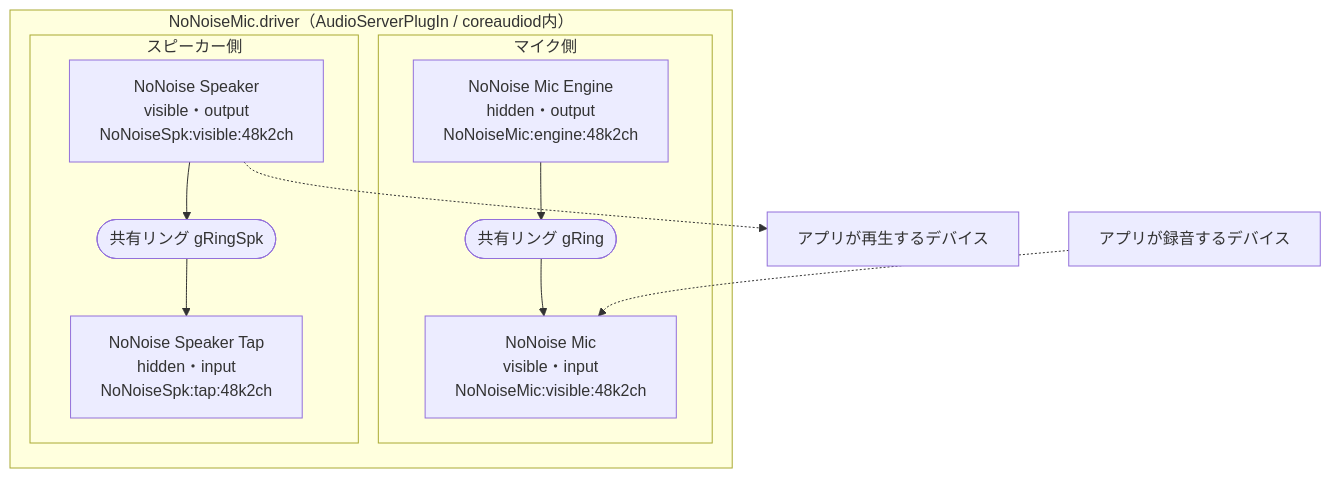
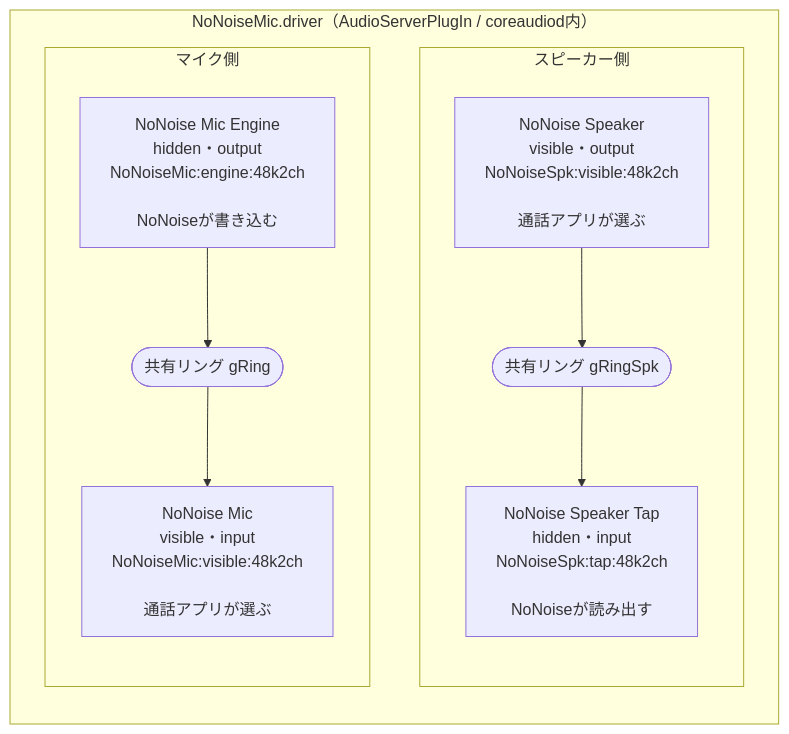
Before and after one commit to korezonzi/NoNoise-Mac: the second of 3 diagrams in README.md, drawn with Mermaid. The commit also changed other lines of this file, not shown here.

Commit message:
docs: Mermaid図のレイアウトを実レンダリング結果に合わせて調整
mermaid.inkで実際に描画して確認した結果を反映する。

- 音声フロー図: subgraphにdirection LRを明示。指定なしでは縦流れになり
  626x1644の極端な縦長になっていた（修正後1407x538）
- ドライバ図: 外部ノードを削除して各デバイスの役割をラベルへ統合。
  長い点線が図を横断して読みにくかった
- ノード内で単語が途中改行されていた箇所に明示的な改行を追加
- subgraphの描画順はdagreの都合で定義順の逆になるため、意図した並び順に
  なるよう定義順を入れ替え、理由をコメントで明記

````diff
--- a/README.md
+++ b/README.md
@@ -125,15 +128,16 @@
 ```mermaid
-flowchart TB
+%% スピーカー側を先に定義しているのはレイアウト都合（マイク側が左に描画される）
+flowchart LR
     subgraph DRV["NoNoiseMic.driver（AudioServerPlugIn / coreaudiod内）"]
+        subgraph S["スピーカー側"]
+            direction TB
+            SP["NoNoise Speaker<br/>visible・output<br/>NoNoiseSpk:visible:48k2ch<br/><br/>通話アプリが選ぶ"] --> R2(["共有リング gRingSpk"])
+            R2 --> ST["NoNoise Speaker Tap<br/>hidden・input<br/>NoNoiseSpk:tap:48k2ch<br/><br/>NoNoiseが読み出す"]
+        end
         subgraph M["マイク側"]
-            E["NoNoise Mic Engine<br/>hidden・output<br/>NoNoiseMic:engine:48k2ch"] --> R1(["共有リング gRing"])
-            R1 --> V["NoNoise Mic<br/>visible・input<br/>NoNoiseMic:visible:48k2ch"]
-        end
-        subgraph S["スピーカー側"]
-            SP["NoNoise Speaker<br/>visible・output<br/>NoNoiseSpk:visible:48k2ch"] --> R2(["共有リング gRingSpk"])
-            R2 --> ST["NoNoise Speaker Tap<br/>hidden・input<br/>NoNoiseSpk:tap:48k2ch"]
+            direction TB
+            E["NoNoise Mic Engine<br/>hidden・output<br/>NoNoiseMic:engine:48k2ch<br/><br/>NoNoiseが書き込む"] --> R1(["共有リング gRing"])
+            R1 --> V["NoNoise Mic<br/>visible・input<br/>NoNoiseMic:visible:48k2ch<br/><br/>通話アプリが選ぶ"]
         end
     end
-    APPW["アプリが録音するデバイス"] -.-> V
-    SP -.-> APPR["アプリが再生するデバイス"]
 ```
````
